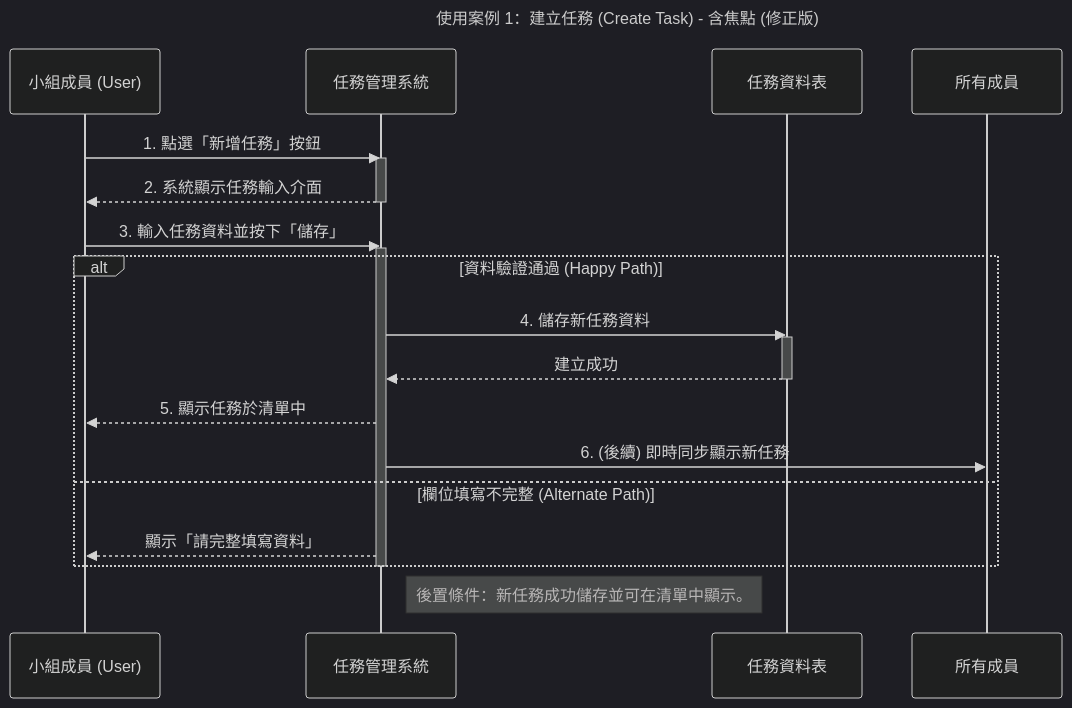
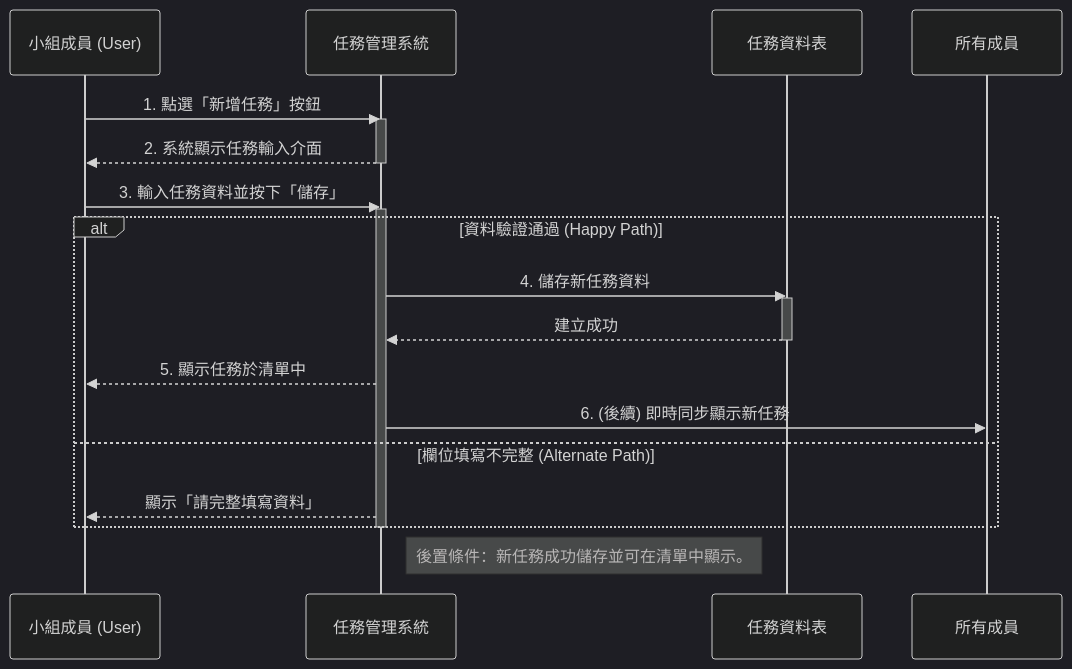
The first of 5 diagrams in hw5.md (zhuang147/Task-Management), drawn with Mermaid (dark theme) before and after one commit.

````diff
--- a/hw5.md
+++ b/hw5.md
@@ -7,37 +7,37 @@
 ```mermaid
 sequenceDiagram
-    title: 使用案例 1：建立任務 (Create Task) - 含焦點 (修正版)
+  
 
     participant User as 小組成員 (User)
     participant System as 任務管理系統
     participant DB as 任務資料表
     participant Members as 所有成員
 
     %% 流程 1: 顯示介面
     User->>System: 1. 點選「新增任務」按鈕
     activate System
     System-->>User: 2. 系統顯示任務輸入介面
     deactivate System
 
     %% 流程 2: 儲存任務
     User->>System: 3. 輸入任務資料並按下「儲存」
     activate System
 
     %% 替代流程 (Alternate Flow)
     alt 資料驗證通過 (Happy Path)
         System->>DB: 4. 儲存新任務資料
         activate DB
         DB-->>System: 建立成功
         deactivate DB
         
         System-->>User: 5. 顯示任務於清單中
         System->>Members: 6. (後續) 即時同步顯示新任務
     else 欄位填寫不完整 (Alternate Path)
         System-->>User: 顯示「請完整填寫資料」
     end
     
     %% 在 alt 區塊結束後，才停用系統
     deactivate System
 
     Note right of System: 後置條件：新任務成功儲存並可在清單中顯示。
 ```
````
